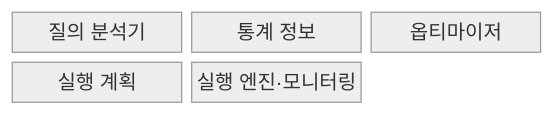
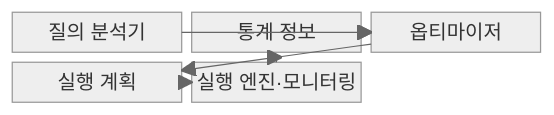
Before and after one commit to agnusdei1207/knowledge-base: the first of 2 diagrams in src/content/docs/notes/03-software/095_query_execution_plan_optimization.md, drawn with Mermaid (neutral theme). The commit also changed other lines of this file and 20 other files, not shown here.

````diff
--- a/src/content/docs/notes/03-software/095_query_execution_plan_optimization.md
+++ b/src/content/docs/notes/03-software/095_query_execution_plan_optimization.md
@@ -55,9 +63,14 @@
 ```mermaid
 block-beta
   columns 3
   Q["질의 분석기"]
   S["통계 정보"]
   O["옵티마이저"]
   P["실행 계획"]
   E["실행 엔진·모니터링"]
+  Q --> O
+  S --> O
+  O --> P
+  P --> E
+  E --> S
 ```
````
